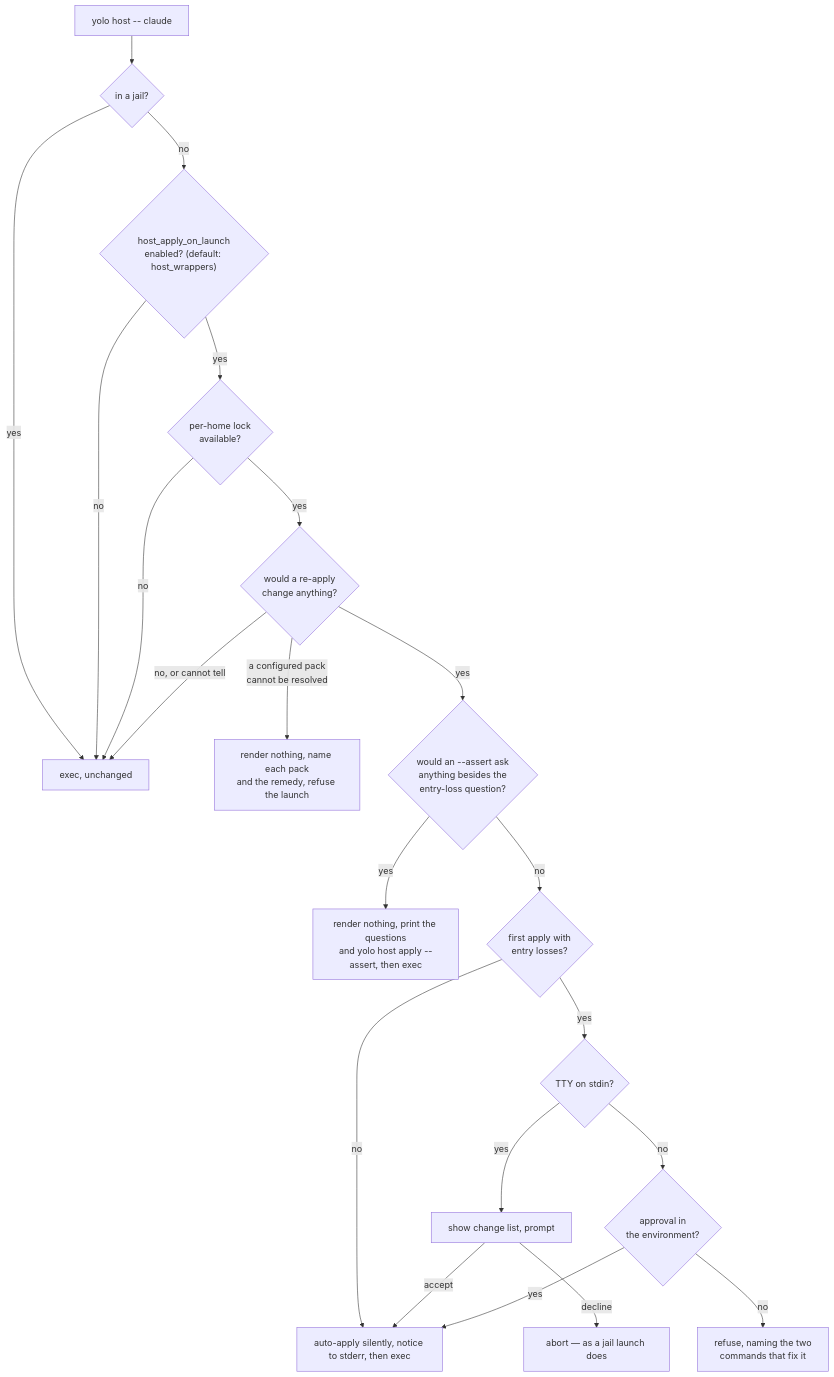
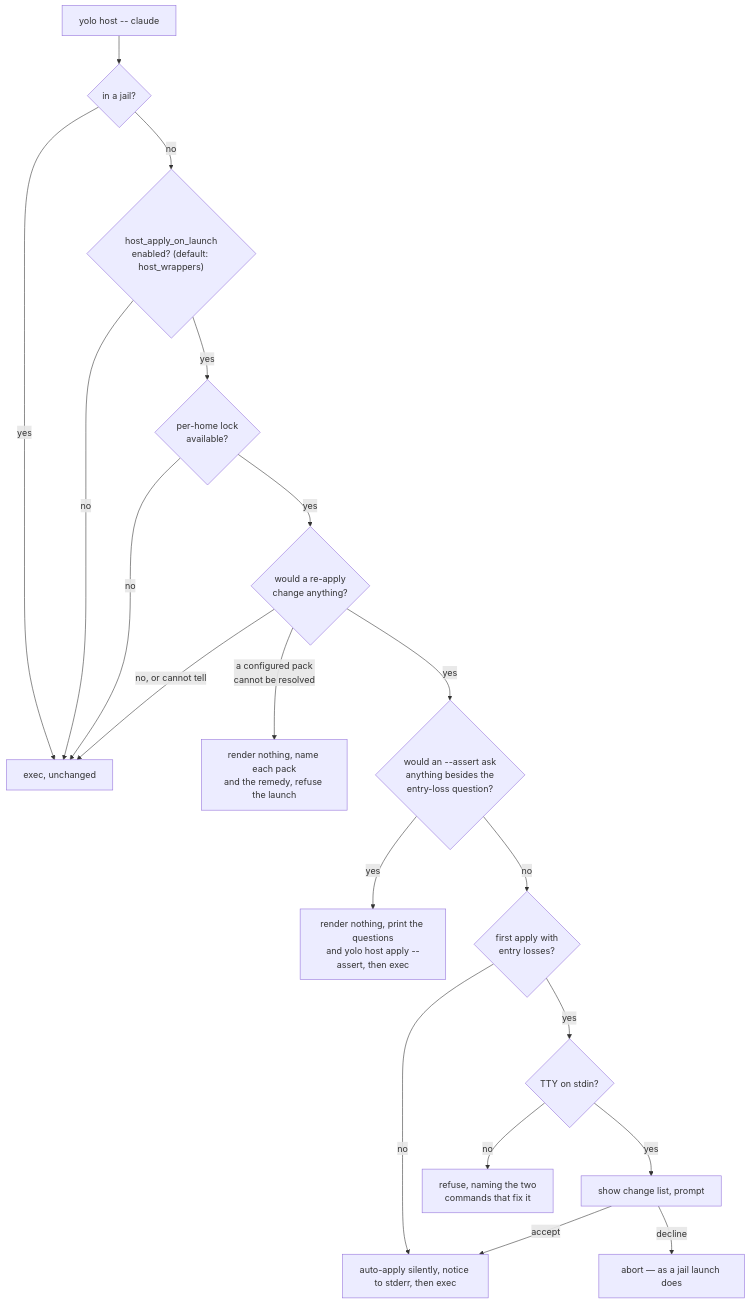
One commit to mschulkind-oss/yolo-jail changed the diagram in docs/reference/host-apply-staleness.md. Above: the diagram before and after it, drawn with Mermaid. The commit also changed other lines of this file and 12 other files, not shown here.

````diff
--- a/docs/reference/host-apply-staleness.md
+++ b/docs/reference/host-apply-staleness.md
@@ -256,23 +259,21 @@
 ```mermaid
 flowchart TD
     A["yolo host -- claude"] --> J{in a jail?}
     J -->|yes| X[exec, unchanged]
     J -->|no| B{"host_apply_on_launch<br/>enabled? (default: host_wrappers)"}
     B -->|no| X
     B -->|yes| L{per-home lock<br/>available?}
     L -->|no| X
     L -->|yes| C{would a re-apply<br/>change anything?}
     C -->|no, or cannot tell| X
     C -->|"a configured pack<br/>cannot be resolved"| U["render nothing, name each pack<br/>and the remedy, refuse the launch"]
     C -->|yes| Q{"would an --assert ask<br/>anything besides the<br/>entry-loss question?"}
     Q -->|yes| V["render nothing, print the questions<br/>and yolo host apply --assert, then exec"]
     Q -->|no| M{"first apply with<br/>entry losses?"}
     M -->|no| S["auto-apply silently, notice to stderr, then exec"]
     M -->|yes| D{TTY on stdin?}
     D -->|yes| E[show change list, prompt]
-    D -->|no| F{approval in<br/>the environment?}
+    D -->|no| I["refuse, naming the two<br/>commands that fix it"]
     E -->|accept| S
     E -->|decline| H[abort — as a jail launch does]
-    F -->|yes| S
-    F -->|no| I["refuse, naming the two<br/>commands that fix it"]
 ```
````
